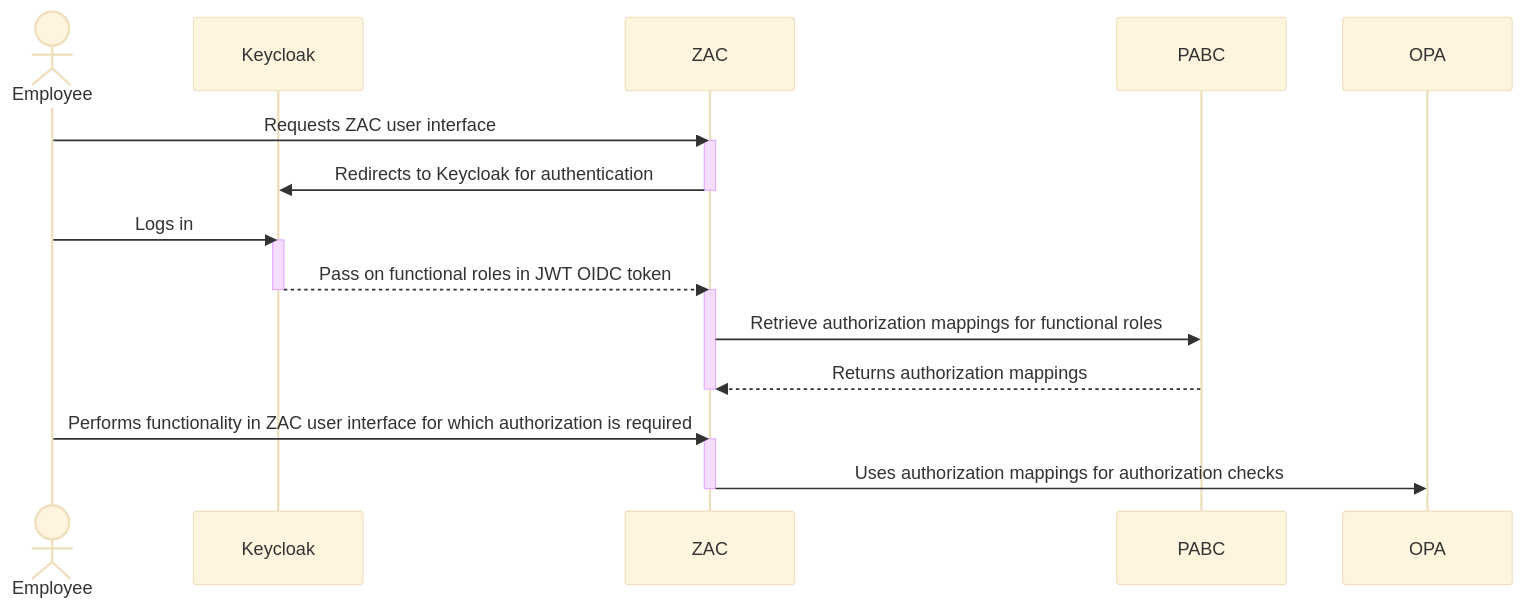
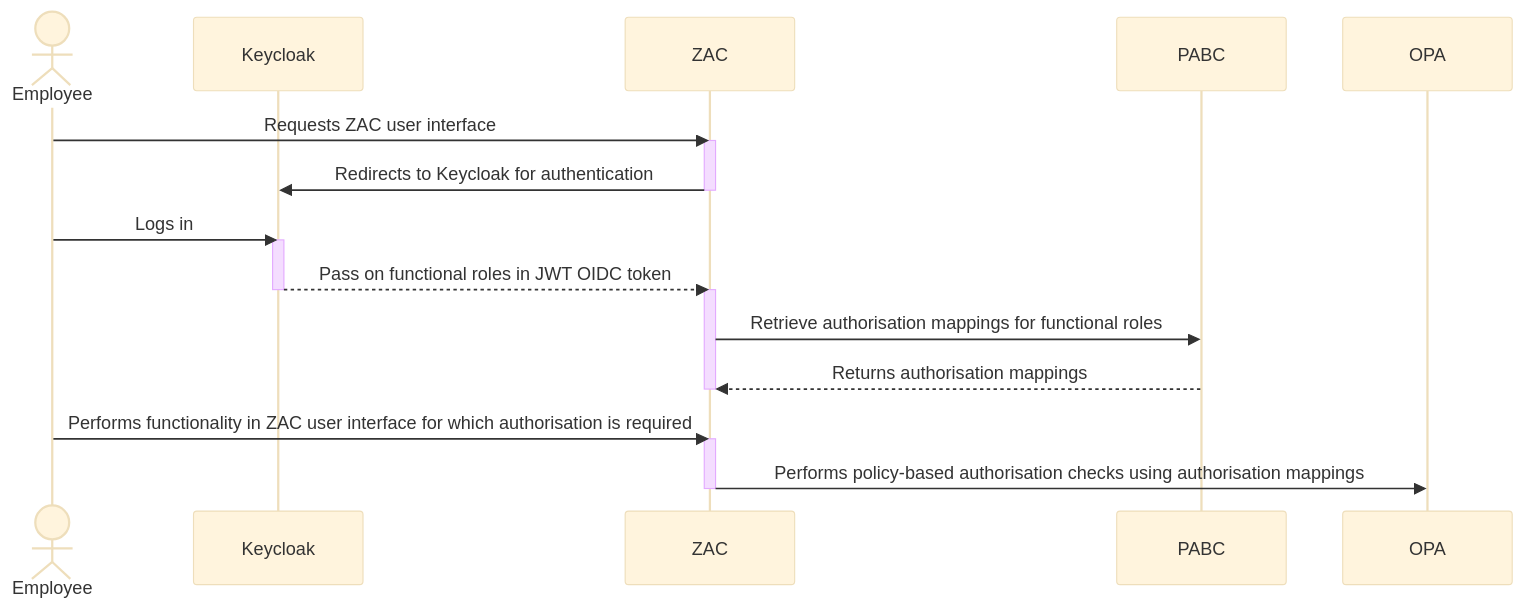
Before and after one commit to infonl/dimpact-zaakafhandelcomponent: the fourth of 4 diagrams in docs/solution-architecture/iamArchitecture.md, drawn with Mermaid (base theme). The commit also changed other lines of this file and 4 other files, not shown here.

Commit message:
chore: extended and updated various architecture docs

````diff
--- a/docs/solution-architecture/iamArchitecture.md
+++ b/docs/solution-architecture/iamArchitecture.md
@@ -182,24 +176,24 @@
 ```mermaid
 sequenceDiagram
     actor Employee
     participant Keycloak
     participant ZAC
     participant PABC
 
     Employee->>ZAC: Requests ZAC user interface
     activate ZAC
     ZAC->>Keycloak: Redirects to Keycloak for authentication
     deactivate ZAC
     Employee->>Keycloak: Logs in
     activate Keycloak
     Keycloak-->>ZAC: Pass on functional roles in JWT OIDC token
     deactivate Keycloak
     activate ZAC
-    ZAC->>PABC: Retrieve authorization mappings for functional roles
-    PABC-->>ZAC: Returns authorization mappings
+    ZAC->>PABC: Retrieve authorisation mappings for functional roles
+    PABC-->>ZAC: Returns authorisation mappings
     deactivate ZAC
-    Employee->>ZAC: Performs functionality in ZAC user interface for which authorization is required
+    Employee->>ZAC: Performs functionality in ZAC user interface for which authorisation is required
     activate ZAC
-    ZAC->>OPA: Uses authorization mappings for authorization checks
+    ZAC->>OPA: Performs policy-based authorisation checks using authorisation mappings
     deactivate ZAC
 ```    
````
